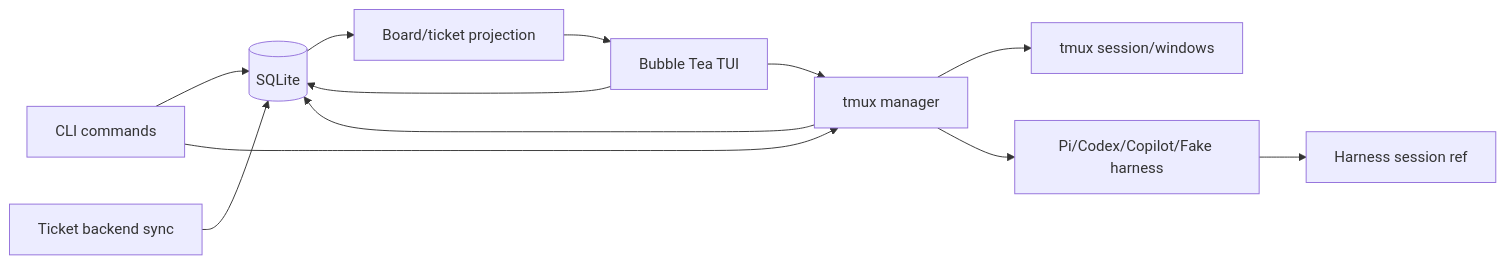
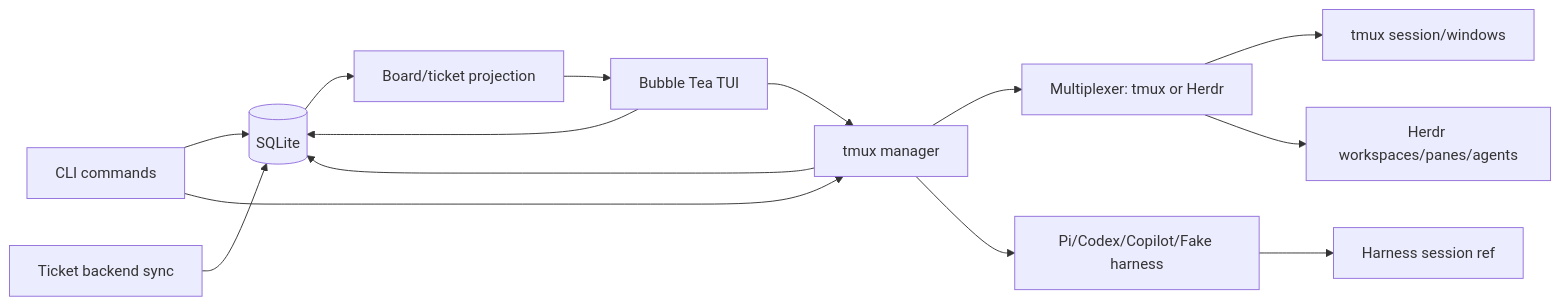
The first of 5 diagrams in docs/architecture.md (carlotran4/kanbi), drawn with Mermaid before and after one commit. The commit also changed other lines of this file and 9 other files, not shown here.

Commit message:
Add Herdr multiplexer adapter

````diff
--- a/docs/architecture.md
+++ b/docs/architecture.md
@@ -7,14 +7,16 @@
 ```mermaid
 flowchart LR
     CLI[CLI commands] --> Store[(SQLite)]
     TUI[Bubble Tea TUI] --> Store
     TUI --> Manager[tmux manager]
     CLI --> Manager
-    Manager --> Tmux[tmux session/windows]
+    Manager --> Mux[Multiplexer: tmux or Herdr]
+    Mux --> Tmux[tmux session/windows]
+    Mux --> Herdr[Herdr workspaces/panes/agents]
     Manager --> Harness[Pi/Codex/Copilot/Fake harness]
     Harness --> Ref[Harness session ref]
     Manager --> Store
     Store --> Projection[Board/ticket projection]
     Projection --> TUI
     Sync[Ticket backend sync] --> Store
 ```
````
